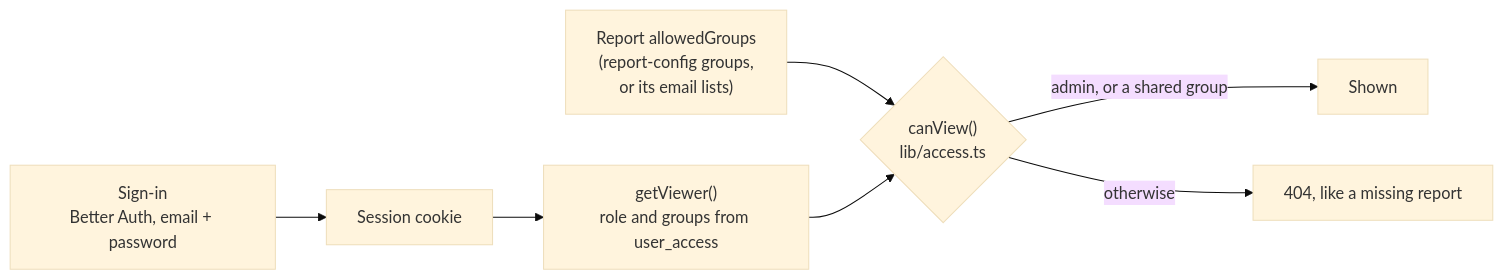
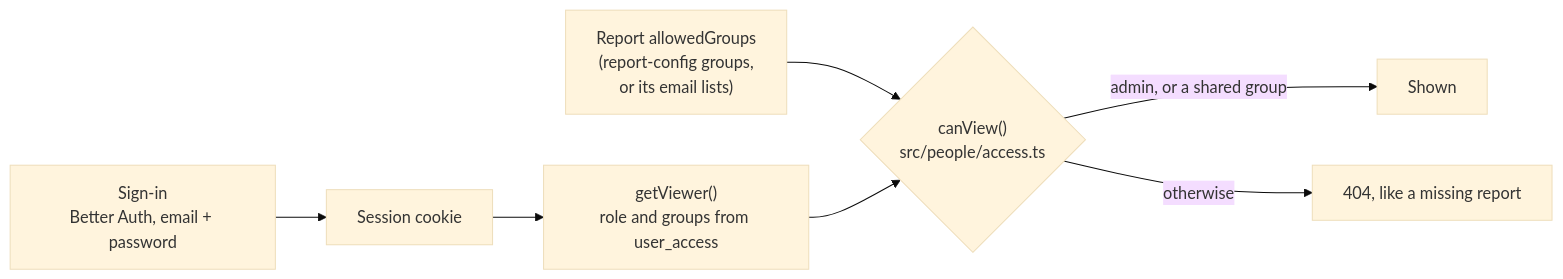
One commit to trcpoet/splunk-report-ai changed the fifth of 6 diagrams in docs/architecture.md. Above: the diagram before and after it, drawn with Mermaid (base theme). The commit also changed other lines of this file and 342 other files, not shown here.

````diff
--- a/docs/architecture.md
+++ b/docs/architecture.md
@@ -169,9 +169,9 @@
 ```mermaid
 flowchart LR
     signin["Sign-in<br/>Better Auth, email + password"] --> session["Session cookie"]
     session --> viewer["getViewer()<br/>role and groups from user_access"]
-    report["Report allowedGroups<br/>(report-config groups,<br/>or its email lists)"] --> canview{"canView()<br/>lib/access.ts"}
+    report["Report allowedGroups<br/>(report-config groups,<br/>or its email lists)"] --> canview{"canView()<br/>src/people/access.ts"}
     viewer --> canview
     canview -- "admin, or a shared group" --> shown["Shown"]
     canview -- "otherwise" --> missing["404, like a missing report"]
 ```
````
